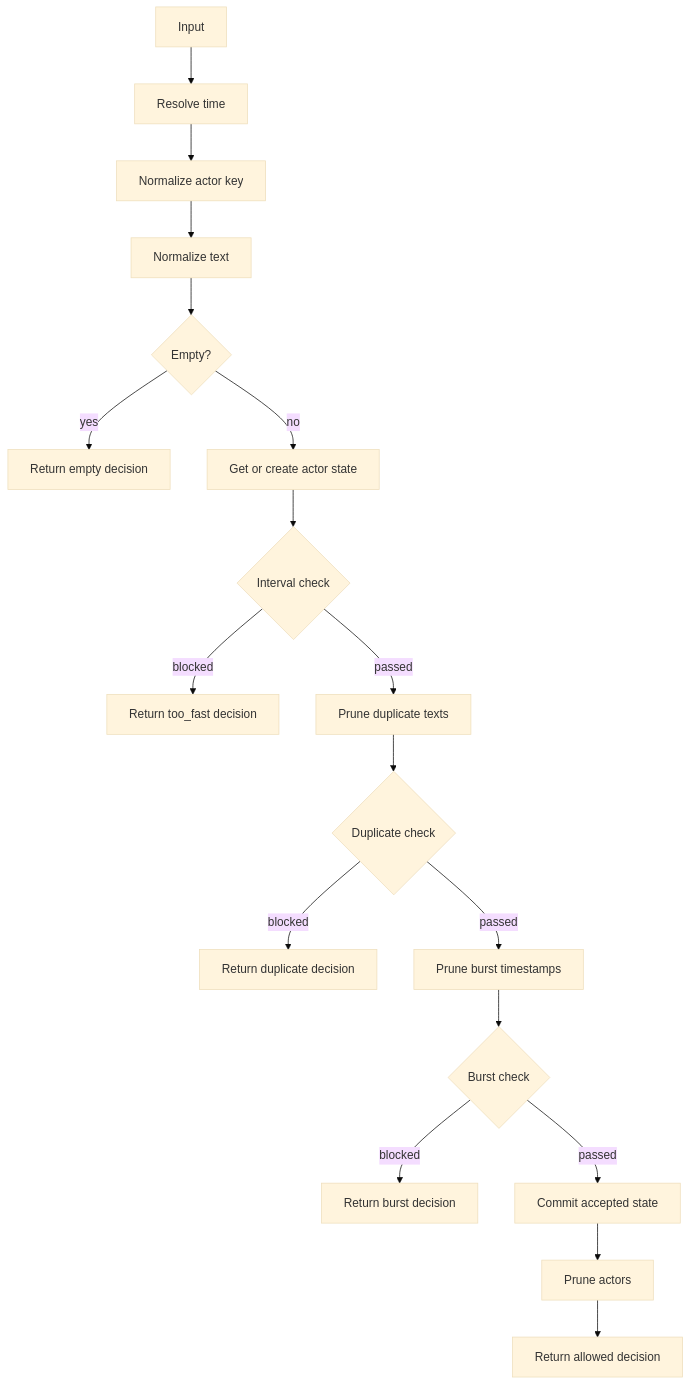
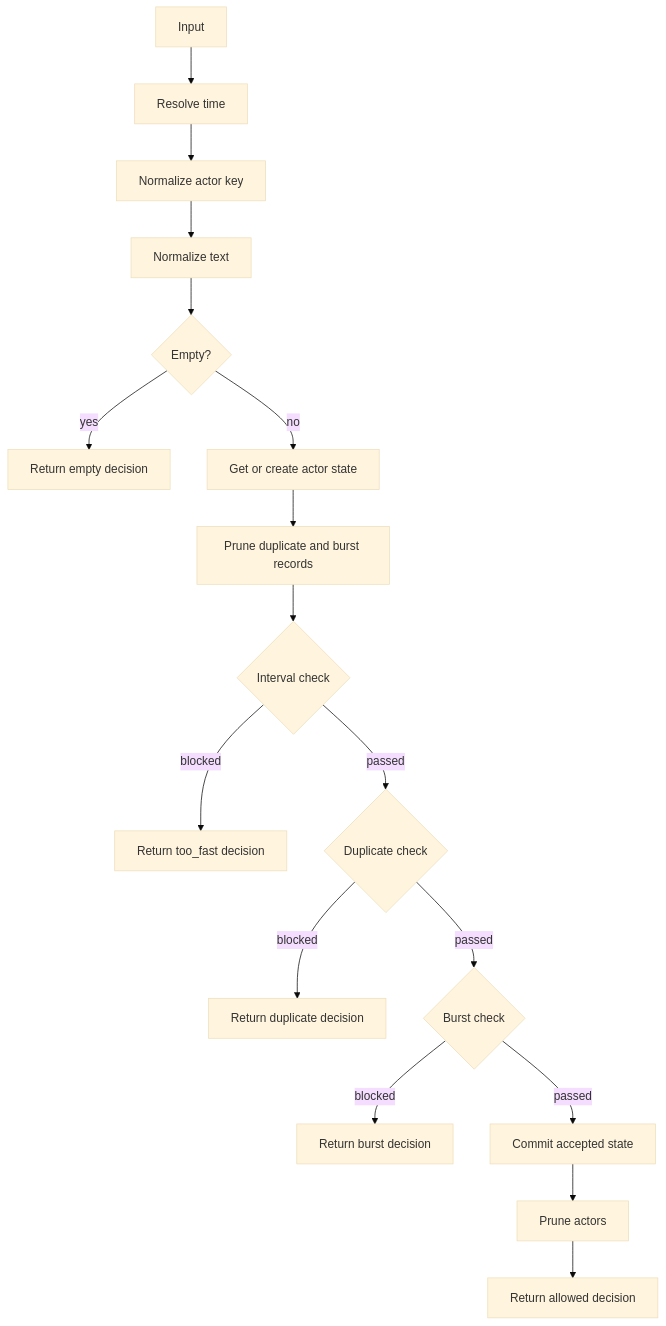
One commit to textfilters/spam changed the first of 2 diagrams in docs/architecture.md. Above: the diagram before and after it, drawn with Mermaid (base theme). The commit also changed other lines of this file and 2 other files, not shown here.

````diff
--- a/docs/architecture.md
+++ b/docs/architecture.md
@@ -66,20 +66,19 @@
 ```mermaid
 flowchart TD
   input["Input"] --> time["Resolve time"]
   time --> actorKey["Normalize actor key"]
   actorKey --> text["Normalize text"]
   text --> empty{"Empty?"}
   empty -->|yes| rejectEmpty["Return empty decision"]
   empty -->|no| actor["Get or create actor state"]
-  actor --> interval{"Interval check"}
+  actor --> recordPrune["Prune duplicate and burst records"]
+  recordPrune --> interval{"Interval check"}
   interval -->|blocked| rejectFast["Return too_fast decision"]
-  interval -->|passed| dupPrune["Prune duplicate texts"]
-  dupPrune --> duplicate{"Duplicate check"}
+  interval -->|passed| duplicate{"Duplicate check"}
   duplicate -->|blocked| rejectDuplicate["Return duplicate decision"]
-  duplicate -->|passed| burstPrune["Prune burst timestamps"]
-  burstPrune --> burst{"Burst check"}
+  duplicate -->|passed| burst{"Burst check"}
   burst -->|blocked| rejectBurst["Return burst decision"]
   burst -->|passed| commit["Commit accepted state"]
   commit --> prune["Prune actors"]
   prune --> allowed["Return allowed decision"]
 ```
````
